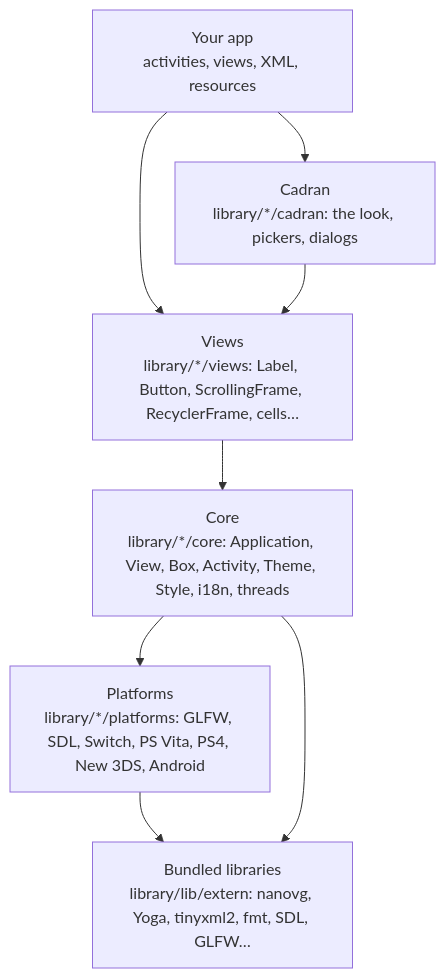
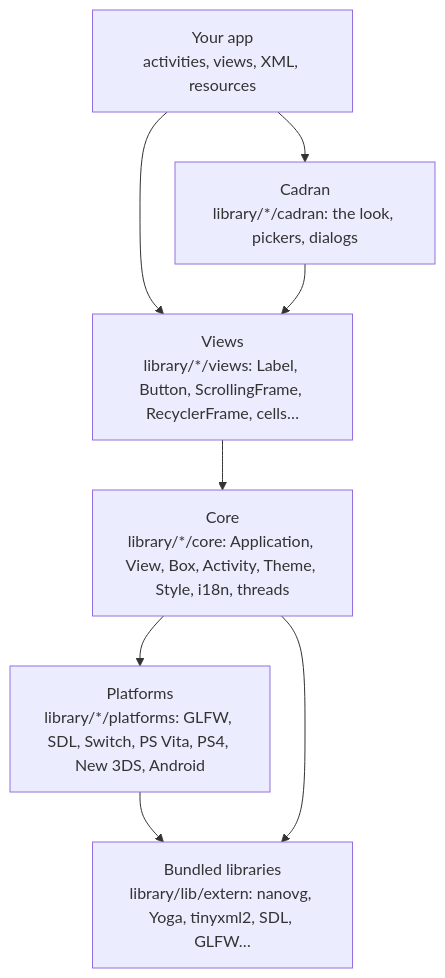
One commit to JigSawFr/Aurore changed the diagram in docs/architecture.md. Above: the diagram before and after it, drawn with Mermaid. The commit also changed 197 other files, not shown here.

First line of the commit message:
refactor(core)!: std::format in place of fmt, which is no longer bundled (#128)

````diff
--- a/docs/architecture.md
+++ b/docs/architecture.md
@@ -7,16 +7,16 @@
 ```mermaid
 flowchart TB
     app["Your app<br/>activities, views, XML, resources"]
     cadran["Cadran<br/>library/*/cadran: the look, pickers, dialogs"]
     views["Views<br/>library/*/views: Label, Button, ScrollingFrame, RecyclerFrame, cells…"]
     core["Core<br/>library/*/core: Application, View, Box, Activity, Theme, Style, i18n, threads"]
     platforms["Platforms<br/>library/*/platforms: GLFW, SDL, Switch, PS Vita, PS4, New 3DS, Android"]
-    extern["Bundled libraries<br/>library/lib/extern: nanovg, Yoga, tinyxml2, fmt, SDL, GLFW…"]
+    extern["Bundled libraries<br/>library/lib/extern: nanovg, Yoga, tinyxml2, SDL, GLFW…"]
     app --> cadran
     app --> views
     cadran --> views
     views --> core
     core --> platforms
     platforms --> extern
     core --> extern
 ```
````
